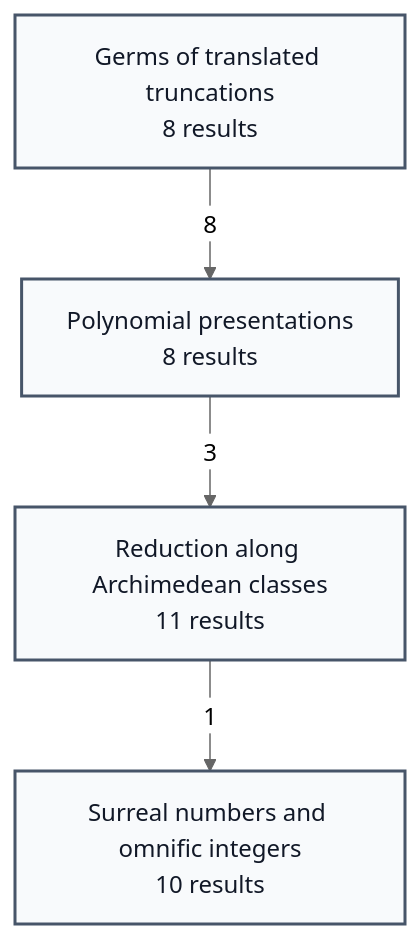
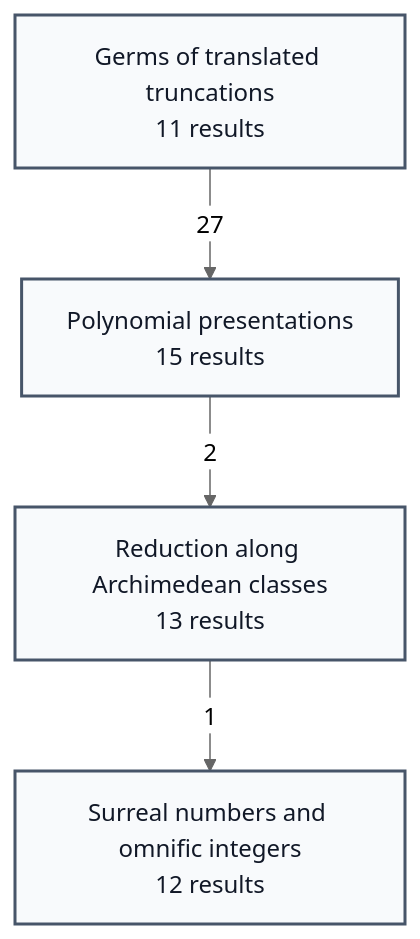
Before and after one commit to gaearon/conway-refinement: the first of 5 diagrams in README.md, drawn with Mermaid (neutral theme). The commit also changed other lines of this file and 46 other files, not shown here.

````diff
--- a/README.md
+++ b/README.md
@@ -168,18 +167,18 @@
 ```mermaid
 %% Generated by scripts/blueprint.sh; do not edit.
 %% Edge labels count visible result dependencies.
 flowchart TB
-  p0["Germs of translated truncations<br/>8 results"]:::phase
-  p1["Polynomial presentations<br/>8 results"]:::phase
-  p2["Reduction along Archimedean classes<br/>11 results"]:::phase
-  p3["Surreal numbers and omnific integers<br/>10 results"]:::phase
-  p0 -->|"8"| p1
-  p1 -->|"3"| p2
+  p0["Germs of translated truncations<br/>11 results"]:::phase
+  p1["Polynomial presentations<br/>15 results"]:::phase
+  p2["Reduction along Archimedean classes<br/>13 results"]:::phase
+  p3["Surreal numbers and omnific integers<br/>12 results"]:::phase
+  p0 -->|"27"| p1
+  p1 -->|"2"| p2
   p2 -->|"1"| p3
   click p0 "https://gaearon.github.io/conway-refinement/#/chapter/germs" "Open Germs of translated truncations"
   click p1 "https://gaearon.github.io/conway-refinement/#/chapter/polynomial-presentations" "Open Polynomial presentations"
   click p2 "https://gaearon.github.io/conway-refinement/#/chapter/archimedean-reduction" "Open Reduction along Archimedean classes"
   click p3 "https://gaearon.github.io/conway-refinement/#/chapter/conway-refinement" "Open Surreal numbers and omnific integers"
 
   classDef phase fill:#f8fafc,stroke:#475569,stroke-width:2px,color:#111827
 ```
````
